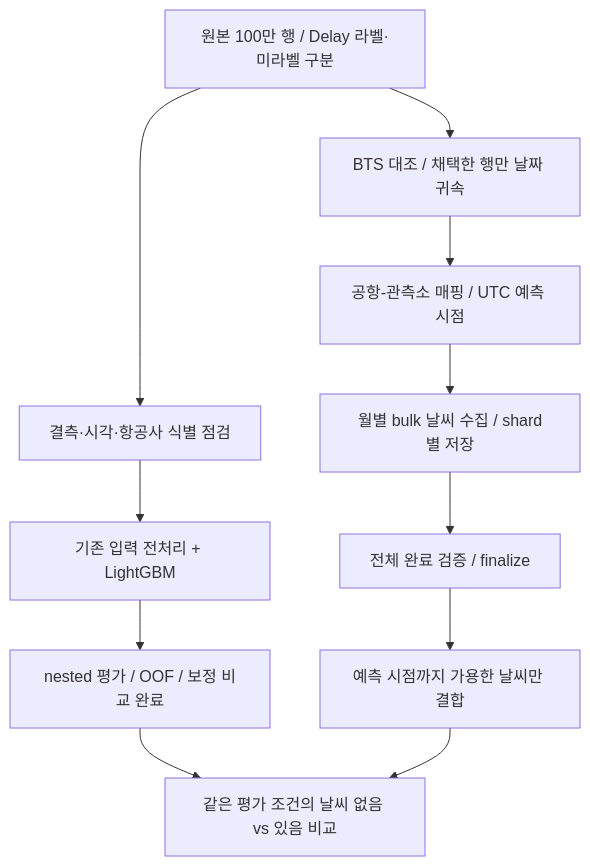
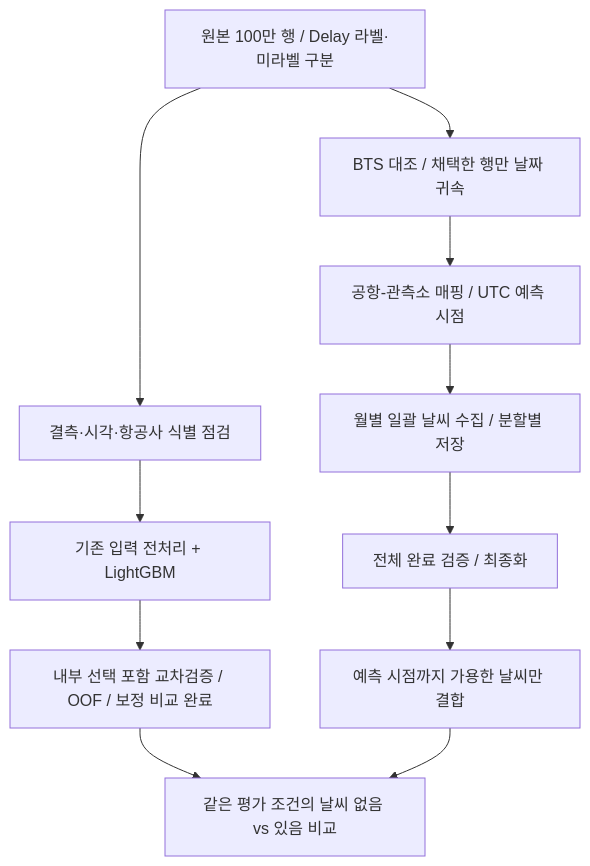
The first of 3 diagrams in README.md (Peter-jackson12/Airplane), drawn with Mermaid before and after one commit. The commit also changed other lines of this file and 4 other files, not shown here.

````diff
--- a/README.md
+++ b/README.md
@@ -112,13 +114,13 @@
 ```mermaid
 flowchart TD
     A["원본 100만 행 / Delay 라벨·미라벨 구분"] --> B["결측·시각·항공사 식별 점검"]
     B --> C["기존 입력 전처리 + LightGBM"]
-    C --> D["nested 평가 / OOF / 보정 비교 완료"]
+    C --> D["내부 선택 포함 교차검증 / OOF / 보정 비교 완료"]
     A --> E["BTS 대조 / 채택한 행만 날짜 귀속"]
     E --> F["공항-관측소 매핑 / UTC 예측 시점"]
-    F --> G["월별 bulk 날씨 수집 / shard별 저장"]
-    G --> H["전체 완료 검증 / finalize"]
+    F --> G["월별 일괄 날씨 수집 / 분할별 저장"]
+    G --> H["전체 완료 검증 / 최종화"]
     H --> I["예측 시점까지 가용한 날씨만 결합"]
     D --> J["같은 평가 조건의 날씨 없음 vs 있음 비교"]
     I --> J
 ```
````
